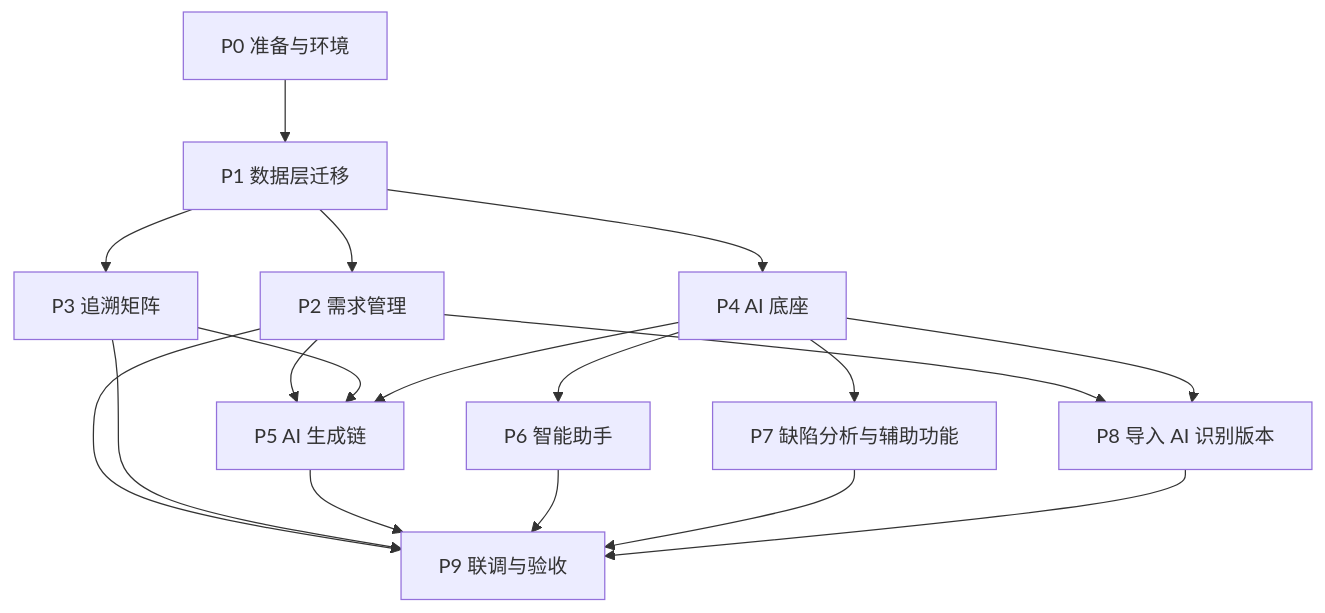
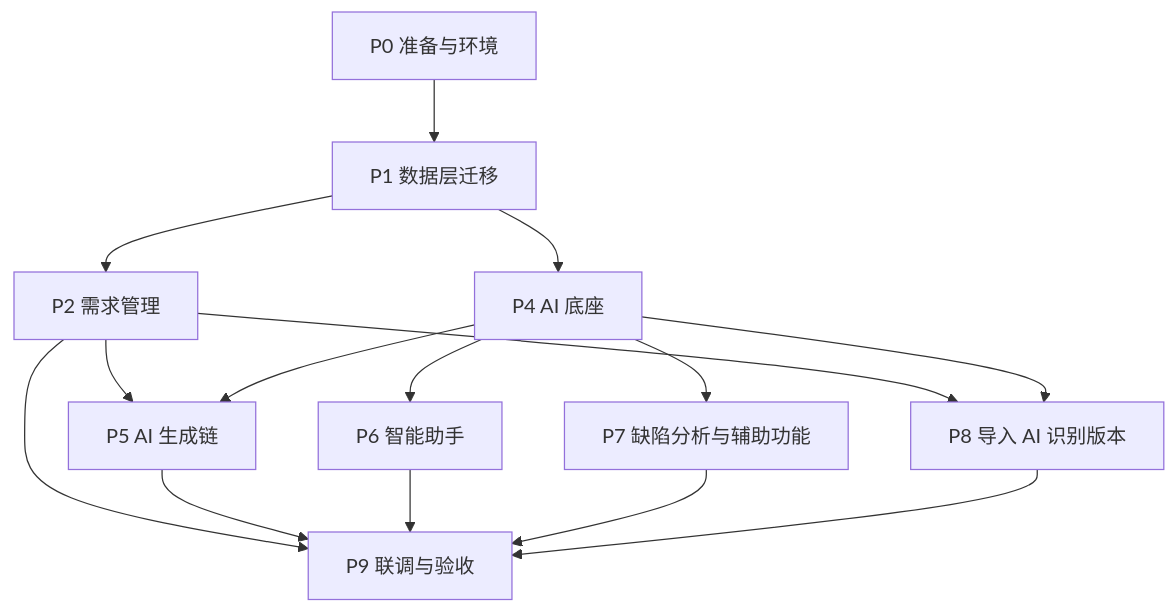
One commit to XiaoMiSum/robotest changed the diagram in docs/06-implementation-plan/02-ai-requirement-development-plan.md. Above: the diagram before and after it, drawn with Mermaid. The commit also changed other lines of this file and 35 other files, not shown here.

````diff
--- a/docs/06-implementation-plan/02-ai-requirement-development-plan.md
+++ b/docs/06-implementation-plan/02-ai-requirement-development-plan.md
@@ -86,20 +84,17 @@
 ```mermaid
 flowchart TD
   P0["P0 准备与环境"] --> P1["P1 数据层迁移"]
   P1 --> P2["P2 需求管理"]
-  P1 --> P3["P3 追溯矩阵"]
   P1 --> P4["P4 AI 底座"]
   P2 --> P5["P5 AI 生成链"]
-  P3 --> P5
   P4 --> P5
   P4 --> P6["P6 智能助手"]
   P4 --> P7["P7 缺陷分析与辅助功能"]
   P2 --> P8["P8 导入 AI 识别版本"]
   P4 --> P8
   P2 --> P9["P9 联调与验收"]
-  P3 --> P9
   P5 --> P9
   P6 --> P9
   P7 --> P9
   P8 --> P9
 ```
````
